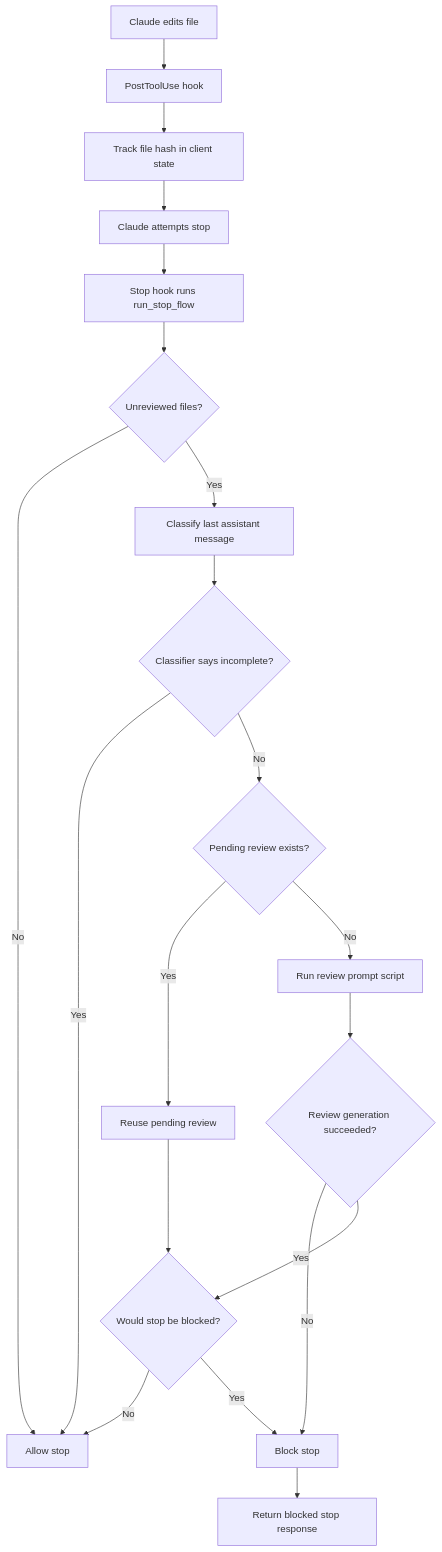
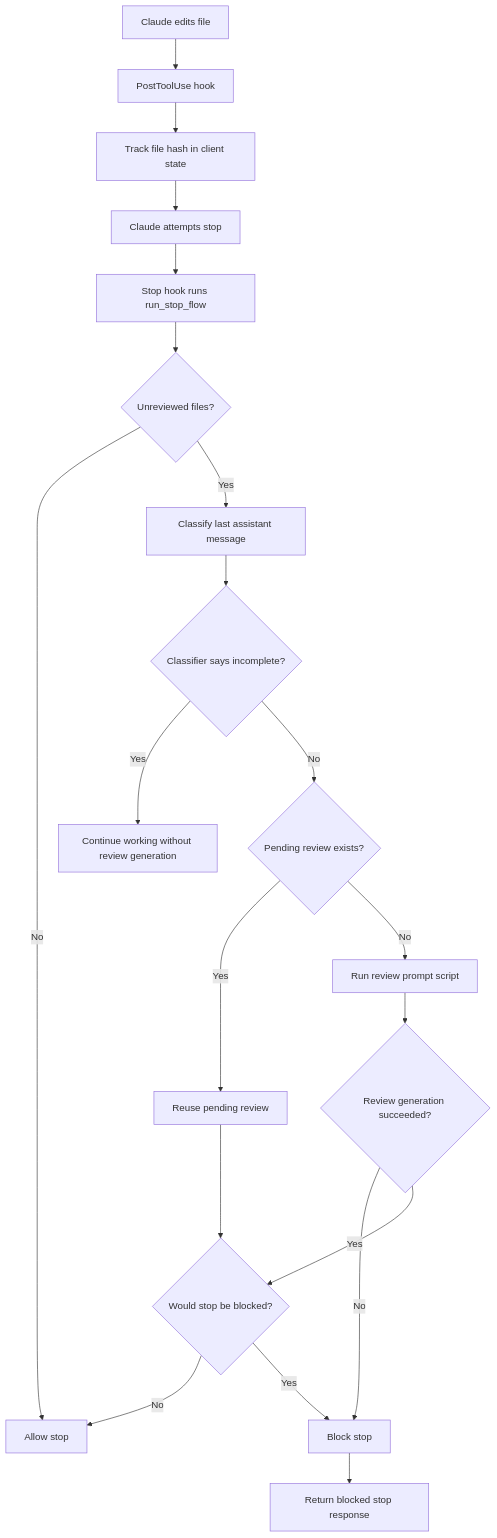
The diagram in README.md (tudragon154203/claude-auto-review), drawn with Mermaid before and after one commit. The commit also changed other lines of this file and 2 other files, not shown here.

````diff
--- a/README.md
+++ b/README.md
@@ -13,22 +21,23 @@
 ```mermaid
 flowchart TD
     A[Claude edits file] --> B[PostToolUse hook]
     B --> C[Track file hash in client state]
     C --> D[Claude attempts stop]
     D --> E[Stop hook runs run_stop_flow]
     E --> F{Unreviewed files?}
     F -- No --> G[Allow stop]
     F -- Yes --> H[Classify last assistant message]
     H --> I{Classifier says incomplete?}
-    I -- Yes --> G
+    I -- Yes --> Q[Continue working without review generation]
     I -- No --> J{Pending review exists?}
+
     J -- Yes --> K[Reuse pending review]
     J -- No --> L[Run review prompt script]
     L --> M{Review generation succeeded?}
     M -- No --> N[Block stop]
     M -- Yes --> O{Would stop be blocked?}
     K --> O
     O -- No --> G
     O -- Yes --> N
     N --> P[Return blocked stop response]
 ```
````
